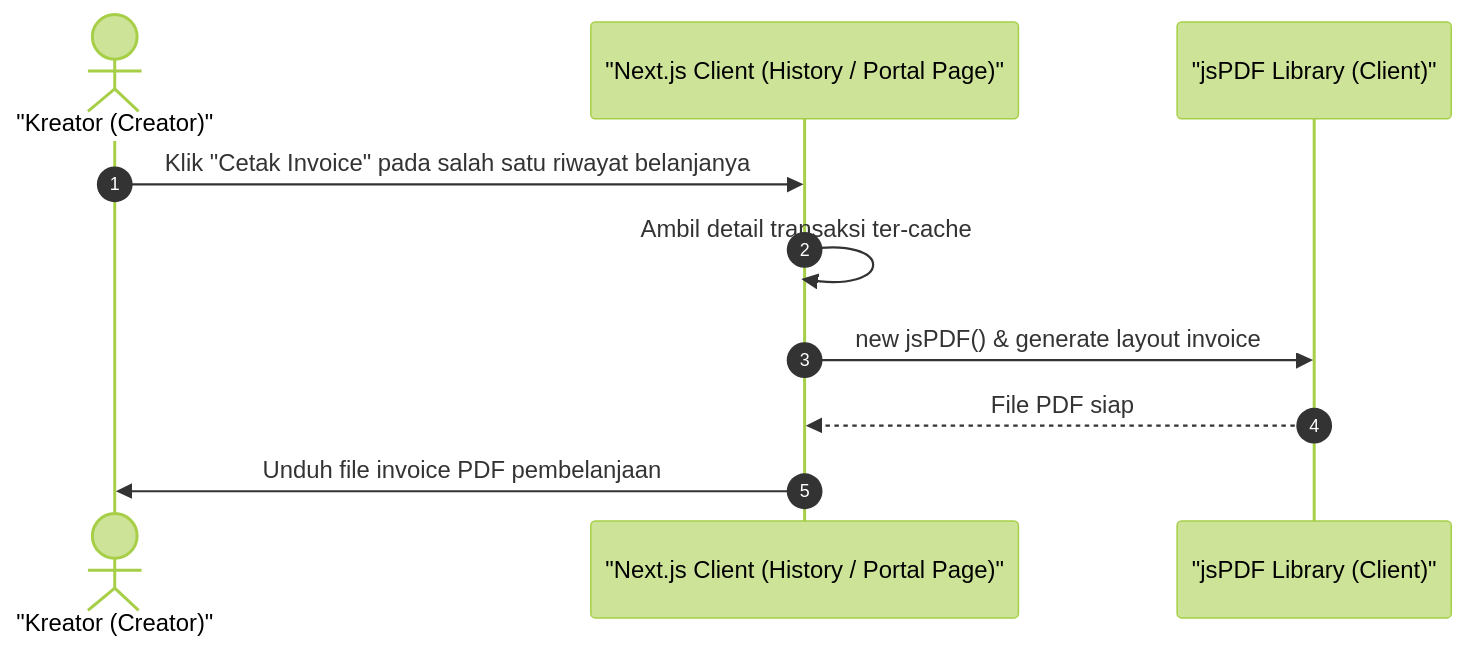
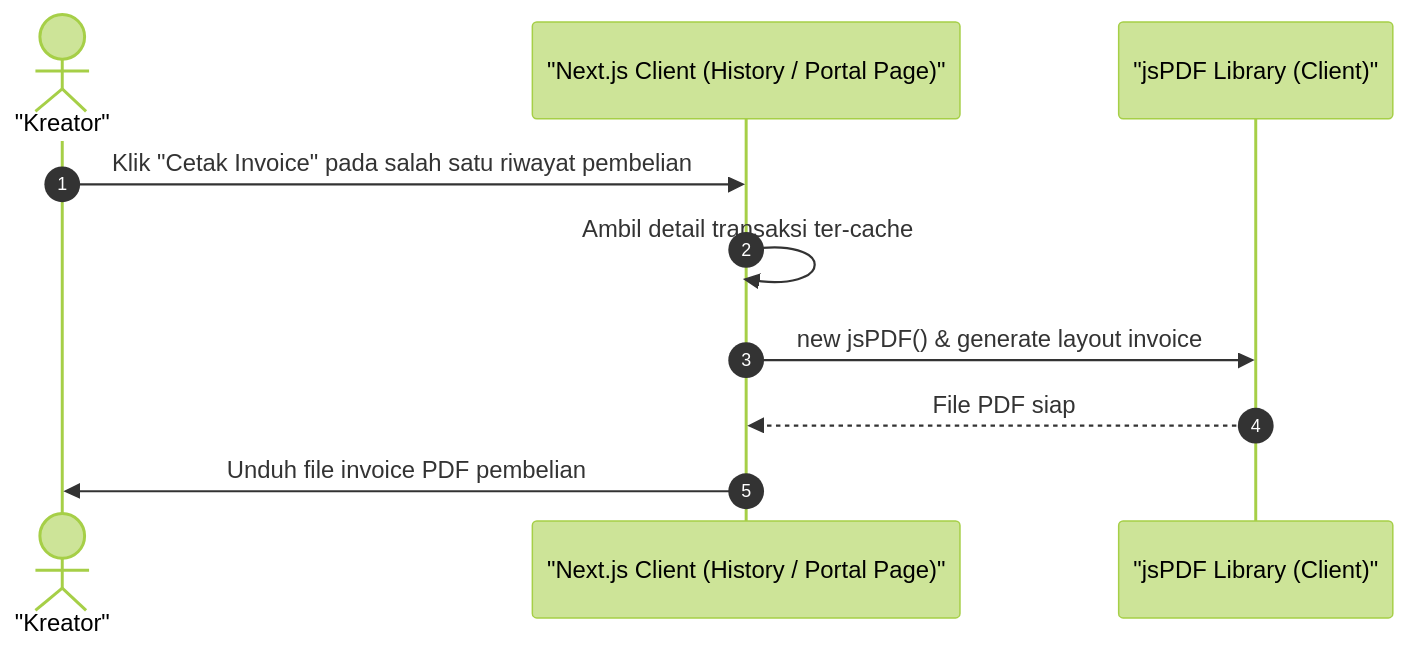
One commit to luputer/CuanIN changed the diagram in docs/43-creator-invoice-print.md. Above: the diagram before and after it, drawn with Mermaid (forest theme). The commit also changed 53 other files, not shown here.

````diff
--- a/docs/43-creator-invoice-print.md
+++ b/docs/43-creator-invoice-print.md
@@ -5,14 +5,14 @@
 ```mermaid
 sequenceDiagram
     autonumber
-    actor Creator as "Kreator (Creator)"
+    actor Creator as "Kreator"
     participant Client as "Next.js Client (History / Portal Page)"
     participant jsPDF as "jsPDF Library (Client)"
 
-    Creator->>Client: Klik "Cetak Invoice" pada salah satu riwayat belanjanya
+    Creator->>Client: Klik "Cetak Invoice" pada salah satu riwayat pembelian
     Client->>Client: Ambil detail transaksi ter-cache
     Client->>jsPDF: new jsPDF() & generate layout invoice
     jsPDF-->>Client: File PDF siap
-    Client->>Creator: Unduh file invoice PDF pembelanjaan
+    Client->>Creator: Unduh file invoice PDF pembelian
 
 ```
````
